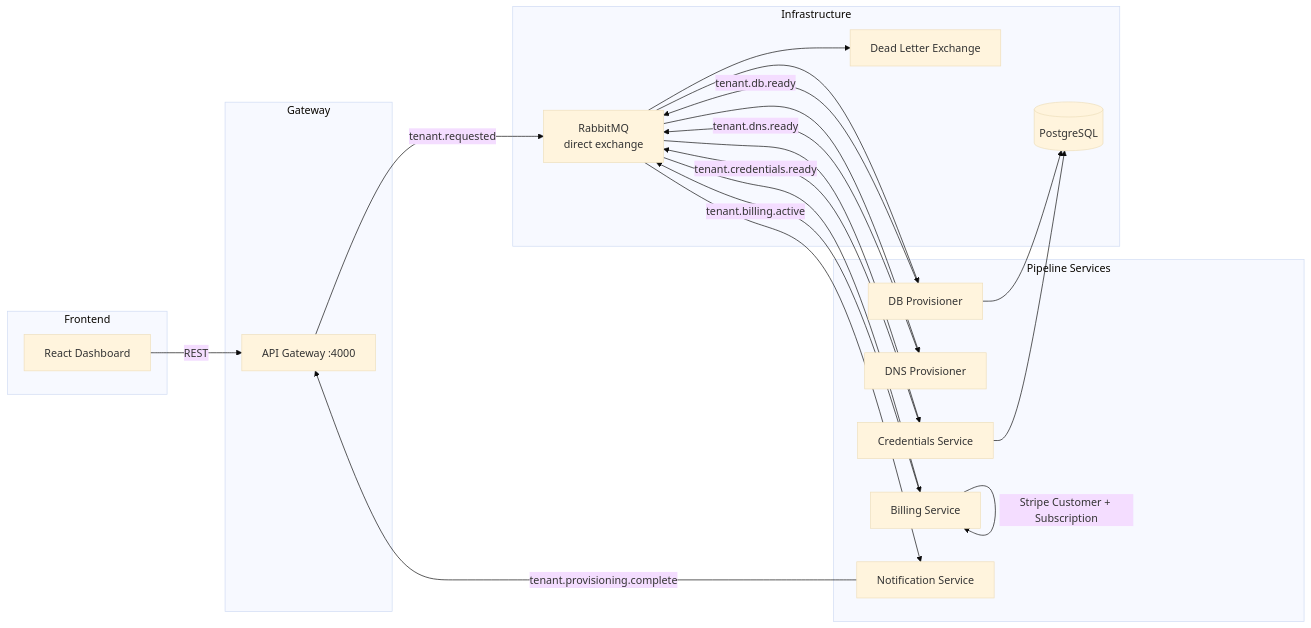
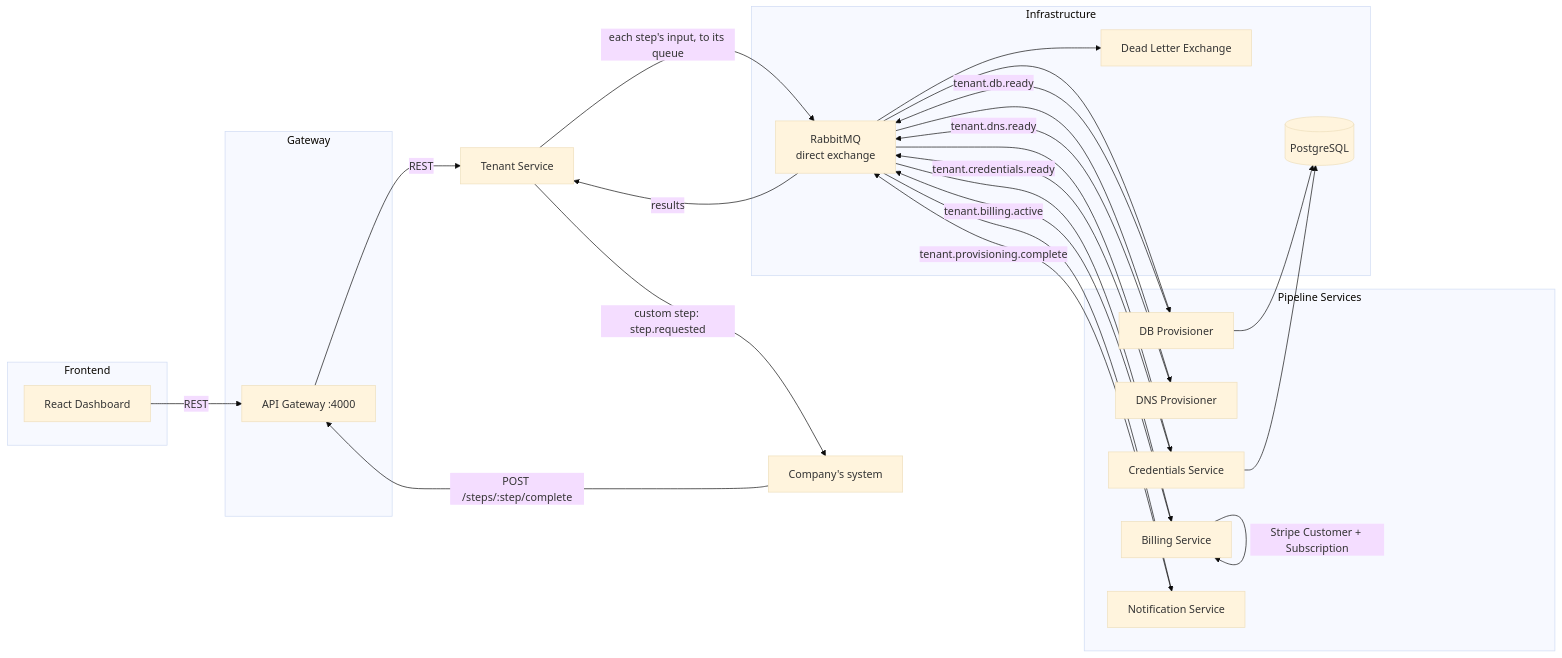
One commit to Olayanju-1234/liftoff changed the first of 3 diagrams in README.md. Above: the diagram before and after it, drawn with Mermaid (base theme). The commit also changed other lines of this file and 39 other files, not shown here.

First line of the commit message:
feat(tenants): orchestrate steps per organisation; custom steps call the company and wait for a callback

````diff
--- a/README.md
+++ b/README.md
@@ -34,41 +34,45 @@
 ```mermaid
 graph LR
     subgraph Frontend
         UI[React Dashboard]
     end
 
     subgraph Gateway
         GW[API Gateway :4000]
     end
 
     subgraph Pipeline Services
         DB[DB Provisioner]
         DNS[DNS Provisioner]
         CRED[Credentials Service]
         BILL[Billing Service]
         NOTIF[Notification Service]
     end
 
     subgraph Infrastructure
         PG[(PostgreSQL)]
         MQ[RabbitMQ\ndirect exchange]
         DLX[Dead Letter Exchange]
     end
 
     UI -->|REST| GW
-    GW -->|tenant.requested| MQ
+    GW -->|REST| TS[Tenant Service]
+    TS -->|each step's input, to its queue| MQ
+    TS -->|custom step: step.requested| CO[Company's system]
+    CO -->|POST /steps/:step/complete| GW
     MQ --> DB
+    MQ --> DNS
+    MQ --> CRED
+    MQ --> BILL
+    MQ --> NOTIF
     DB -->|tenant.db.ready| MQ
-    MQ --> DNS
     DNS -->|tenant.dns.ready| MQ
-    MQ --> CRED
     CRED -->|tenant.credentials.ready| MQ
-    MQ --> BILL
     BILL -->|Stripe Customer + Subscription| BILL
     BILL -->|tenant.billing.active| MQ
-    MQ --> NOTIF
-    NOTIF -->|tenant.provisioning.complete| GW
+    NOTIF -->|tenant.provisioning.complete| MQ
+    MQ -->|results| TS
     DB --> PG
     CRED --> PG
     MQ --> DLX
 ```
````
